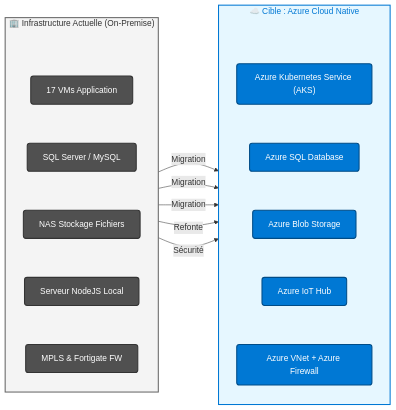
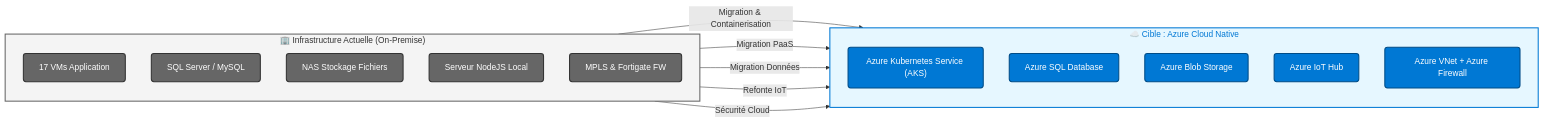
One commit to ilyessalmi/Data-Engineering-Projects changed the diagram in 01-Migration-Cloud-Architecture/README.md. Above: the diagram before and after it, drawn with Mermaid.

Commit message:
Update migration diagram styles and connections

````diff
--- a/01-Migration-Cloud-Architecture/README.md
+++ b/01-Migration-Cloud-Architecture/README.md
@@ -32,52 +32,38 @@
 ```mermaid
 graph LR
-    %% Define Styles
+    %% Styles Definitions
     classDef azure fill:#0078D4,stroke:#004C87,stroke-width:2px,color:#fff,rx:5,ry:5;
-    classDef onprem fill:#505050,stroke:#333,stroke-width:2px,color:#fff,rx:5,ry:5;
-    classDef hidden width:0px,height:0px,fill:none,stroke:none,color:transparent;
+    classDef onprem fill:#666,stroke:#333,stroke-width:2px,color:#fff,rx:5,ry:5;
+    classDef migration fill:#fff,stroke:#999,stroke-width:1px,stroke-dasharray: 5 5,color:#333;
 
-    %% LEFT COLUMN: ON-PREMISE
+    %% On-Premise Subgraph
     subgraph On_Premise ["🏢 Infrastructure Actuelle (On-Premise)"]
         direction TB
-        %% Invisible Spacer to push content down
-        Space1[ ]:::hidden
-        
-        %% Nodes
         ServerApp["17 VMs Application"]:::onprem
         DB_SQL["SQL Server / MySQL"]:::onprem
         NAS["NAS Stockage Fichiers"]:::onprem
         IoT_Local["Serveur NodeJS Local"]:::onprem
         Network_Local["MPLS & Fortigate FW"]:::onprem
-        
-        %% Vertical Stack inside the column
-        Space1 ~~~ ServerApp ~~~ DB_SQL ~~~ NAS ~~~ IoT_Local ~~~ Network_Local
     end
 
-    %% RIGHT COLUMN: AZURE
+    %% Azure Subgraph
     subgraph Azure_Target ["☁️ Cible : Azure Cloud Native"]
         direction TB
-        %% Invisible Spacer to push content down
-        Space2[ ]:::hidden
-
-        %% Nodes
         AKS["Azure Kubernetes Service (AKS)"]:::azure
         AzSQL["Azure SQL Database"]:::azure
         Blob["Azure Blob Storage"]:::azure
         IoTHub["Azure IoT Hub"]:::azure
         AzNet["Azure VNet + Azure Firewall"]:::azure
-
-        %% Vertical Stack inside the column
-        Space2 ~~~ AKS ~~~ AzSQL ~~~ Blob ~~~ IoTHub ~~~ AzNet
     end
 
-    %% MIGRATION LINKS (Left to Right)
-    ServerApp -->|Migration| AKS
-    DB_SQL -->|Migration| AzSQL
-    NAS -->|Migration| Blob
-    IoT_Local -->|Refonte| IoTHub
-    Network_Local -->|Sécurité| AzNet
+    %% Connections
+    ServerApp -->|Migration & Containerisation| AKS
+    DB_SQL -->|Migration PaaS| AzSQL
+    NAS -->|Migration Données| Blob
+    IoT_Local -->|Refonte IoT| IoTHub
+    Network_Local -->|Sécurité Cloud| AzNet
 
-    %% Subgraph Background Colors
+    %% Subgraph Styling
     style On_Premise fill:#f4f4f4,stroke:#666,stroke-width:2px,color:#333
     style Azure_Target fill:#e6f7ff,stroke:#0078D4,stroke-width:2px,color:#0078D4
 ```
````
